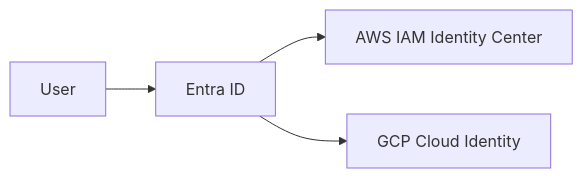
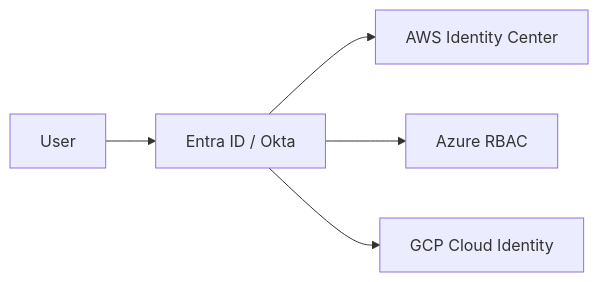
One commit to Devopstrio/hybrid-landingzone changed the sixth of 30 diagrams in README.md. Above: the diagram before and after it, drawn with Mermaid. The commit also changed other lines of this file, not shown here.

Commit message:
docs: finalize premium institutional-grade README with 30+ diagrams and executive summary

````diff
--- a/README.md
+++ b/README.md
@@ -76,6 +123,7 @@
 ```mermaid
 graph LR
-    User --> Entra[Entra ID]
-    Entra --> AWS[AWS IAM Identity Center]
+    User --> Entra[Entra ID / Okta]
+    Entra --> AWS[AWS Identity Center]
+    Entra --> AZ[Azure RBAC]
     Entra --> GCP[GCP Cloud Identity]
 ```
````
